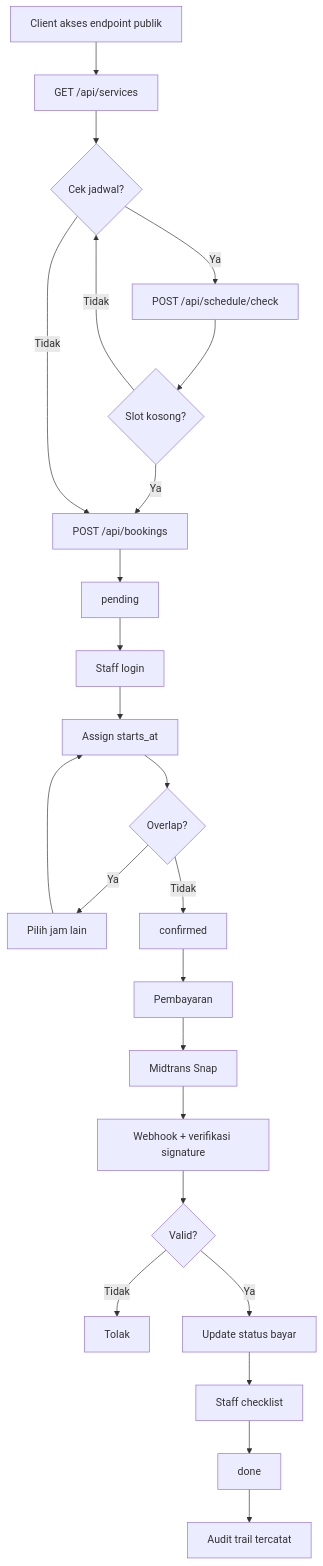
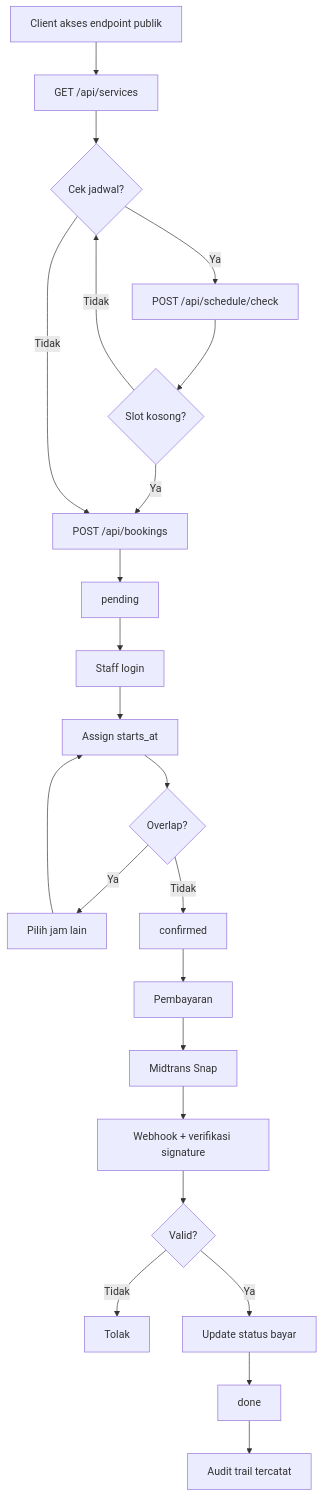
The first of 2 diagrams in docs/presentasi-proyek.md (AzerothGT/SimpleBookingMUA), drawn with Mermaid before and after one commit. The commit also changed other lines of this file and 30 other files, not shown here.

````diff
--- a/docs/presentasi-proyek.md
+++ b/docs/presentasi-proyek.md
@@ -87,26 +86,25 @@
 ```mermaid
 flowchart TD
     A[Client akses endpoint publik] --> B[GET /api/services]
     B --> C{Cek jadwal?}
     C -->|Ya| D[POST /api/schedule/check]
     D --> E{Slot kosong?}
     E -->|Tidak| C
     E -->|Ya| F[POST /api/bookings]
     C -->|Tidak| F
     F --> G[pending]
     G --> H[Staff login]
     H --> I[Assign starts_at]
     I --> J{Overlap?}
     J -->|Ya| K[Pilih jam lain]
     K --> I
     J -->|Tidak| L[confirmed]
     L --> M[Pembayaran]
     M --> N[Midtrans Snap]
     N --> O[Webhook + verifikasi signature]
     O --> P{Valid?}
     P -->|Tidak| Q[Tolak]
     P -->|Ya| R[Update status bayar]
-    R --> S[Staff checklist]
-    S --> T[done]
+    R --> T[done]
     T --> U[Audit trail tercatat]
 ```
````
